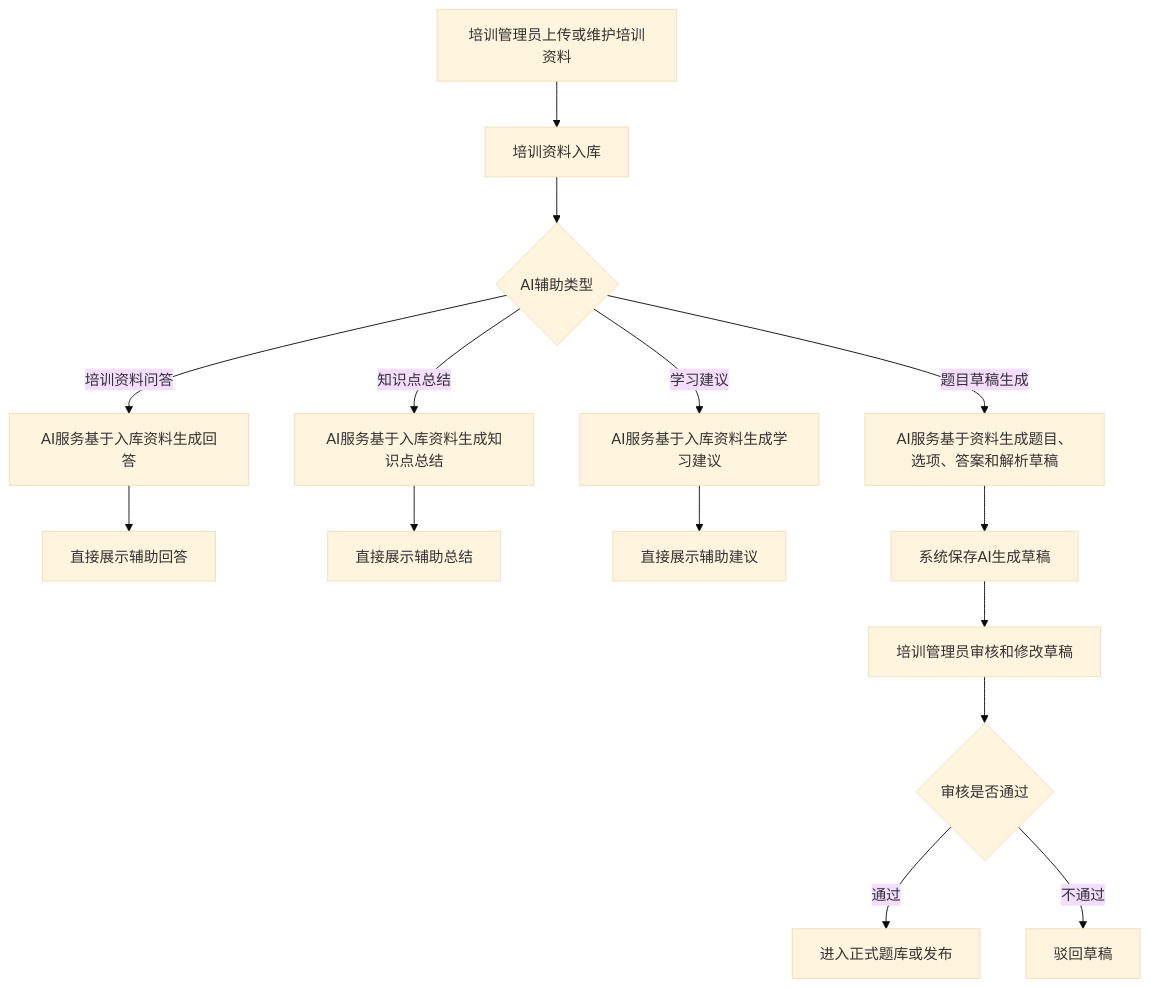
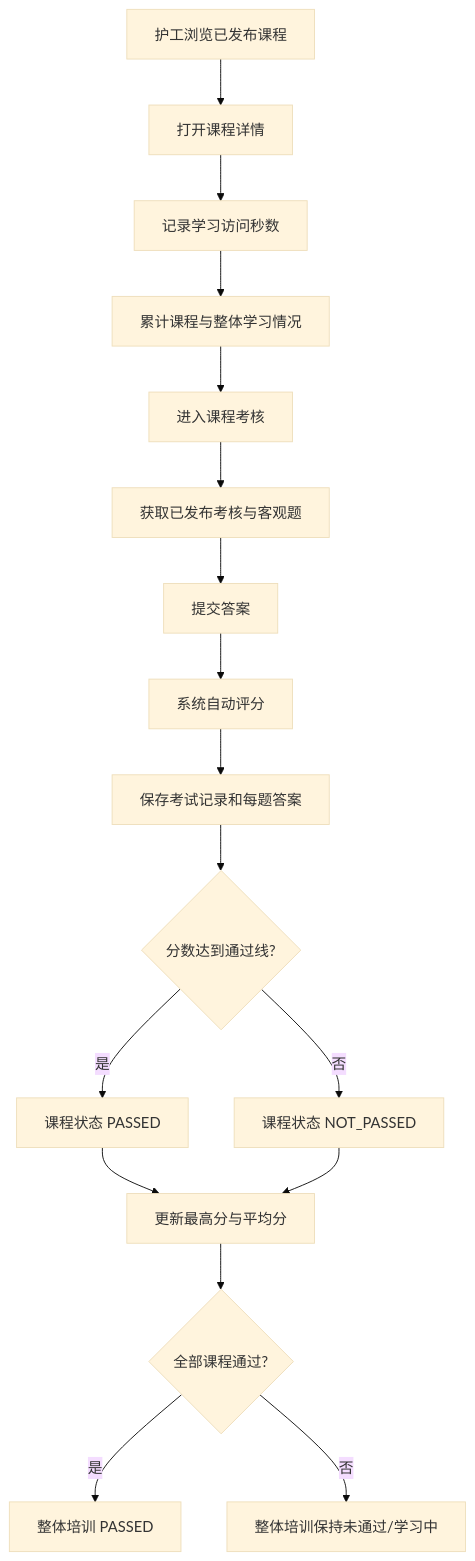
The third of 10 diagrams in docs/requirements/业务流程.md (thesantaana/Care-Nexus), drawn with Mermaid (base theme) before and after one commit. The commit also changed other lines of this file, not shown here.

````diff
--- a/docs/requirements/业务流程.md
+++ b/docs/requirements/业务流程.md
@@ -141,17 +54,19 @@
 ```mermaid
 flowchart TD
-    A["培训管理员上传或维护培训资料"] --> B["培训资料入库"]
-    B --> C{"AI辅助类型"}
-    C -- "培训资料问答" --> D["AI服务基于入库资料生成回答"]
-    D --> E["直接展示辅助回答"]
-    C -- "知识点总结" --> F["AI服务基于入库资料生成知识点总结"]
-    F --> G["直接展示辅助总结"]
-    C -- "学习建议" --> H["AI服务基于入库资料生成学习建议"]
-    H --> I["直接展示辅助建议"]
-    C -- "题目草稿生成" --> J["AI服务基于资料生成题目、选项、答案和解析草稿"]
-    J --> K["系统保存AI生成草稿"]
-    K --> L["培训管理员审核和修改草稿"]
-    L --> M{"审核是否通过"}
-    M -- "通过" --> N["进入正式题库或发布"]
-    M -- "不通过" --> O["驳回草稿"]
+    A[护工浏览已发布课程] --> B[打开课程详情]
+    B --> C[记录学习访问秒数]
+    C --> D[累计课程与整体学习情况]
+    D --> E[进入课程考核]
+    E --> F[获取已发布考核与客观题]
+    F --> G[提交答案]
+    G --> H[系统自动评分]
+    H --> I[保存考试记录和每题答案]
+    I --> J{分数达到通过线?}
+    J -- 是 --> K[课程状态 PASSED]
+    J -- 否 --> L[课程状态 NOT_PASSED]
+    K --> M[更新最高分与平均分]
+    L --> M
+    M --> N{全部课程通过?}
+    N -- 是 --> O[整体培训 PASSED]
+    N -- 否 --> P[整体培训保持未通过/学习中]
 ```
````
